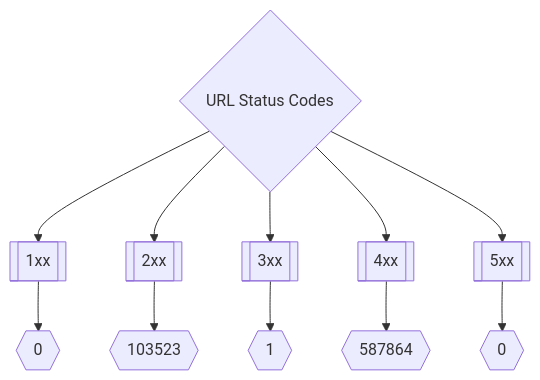
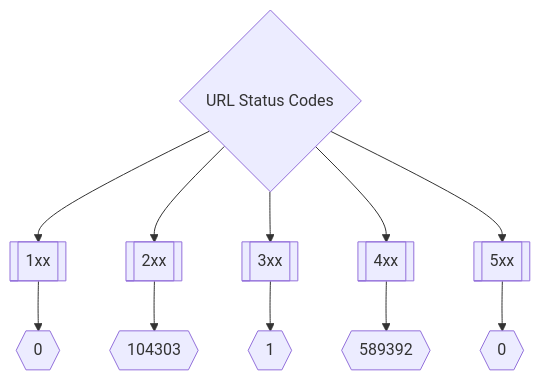
One commit to trickest/inventory changed the second of 3 diagrams in README.md. Above: the diagram before and after it, drawn with Mermaid. The commit also changed other lines of this file, not shown here.

Commit message:
Update README.md Wed Aug 10 22:14:54 UTC 2022

````diff
--- a/README.md
+++ b/README.md
@@ -175,8 +175,8 @@
 ```mermaid
 graph TD
 title{URL Status Codes} --> 1xx[[1xx]] --> status1xxNum{{0}}
-title --> 2xx[[2xx]] --> status2xxNum{{103523}}
+title --> 2xx[[2xx]] --> status2xxNum{{104303}}
 title --> 3xx[[3xx]] --> status3xxNum{{1}}
-title --> 4xx[[4xx]] --> status4xxNum{{587864}}
+title --> 4xx[[4xx]] --> status4xxNum{{589392}}
 title --> 5xx[[5xx]] --> status5xxNum{{0}}
 ```
````
